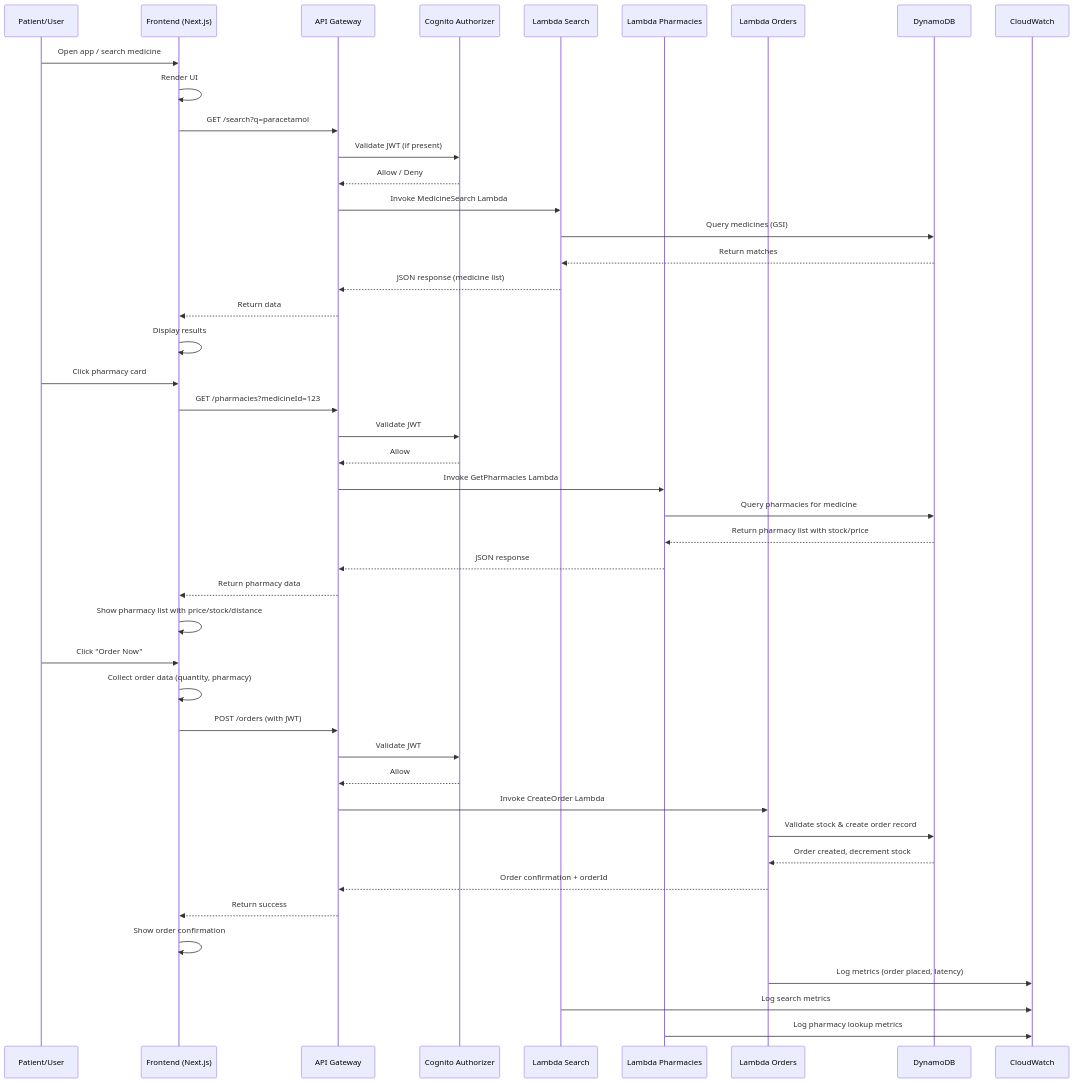
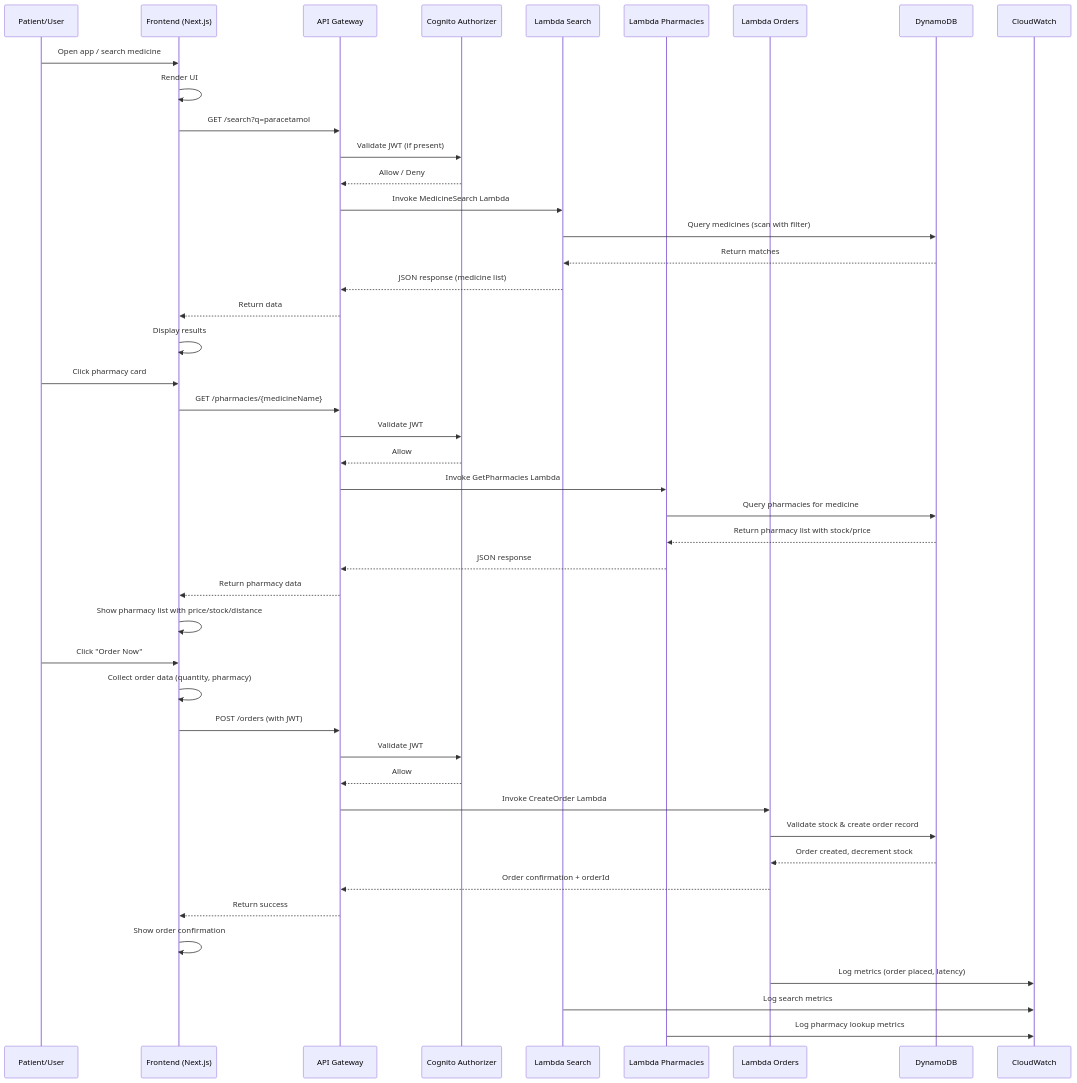
One commit to s-aduk/MediFind changed the second of 2 diagrams in README.md. Above: the diagram before and after it, drawn with Mermaid. The commit also changed other lines of this file, not shown here.

````diff
--- a/README.md
+++ b/README.md
@@ -85,48 +85,48 @@
 ```mermaid
 sequenceDiagram
     participant User as Patient/User
     participant FE as Frontend (Next.js)
     participant AG as API Gateway
     participant Auth as Cognito Authorizer
     participant LS as Lambda Search
     participant LP as Lambda Pharmacies
     participant LO as Lambda Orders
     participant DB as DynamoDB
     participant CW as CloudWatch
 
     User->>FE: Open app / search medicine
     FE->>FE: Render UI
     FE->>AG: GET /search?q=paracetamol
     AG->>Auth: Validate JWT (if present)
     Auth-->>AG: Allow / Deny
     AG->>LS: Invoke MedicineSearch Lambda
-    LS->>DB: Query medicines (GSI)
+    LS->>DB: Query medicines (scan with filter)
     DB-->>LS: Return matches
     LS-->>AG: JSON response (medicine list)
     AG-->>FE: Return data
     FE->>FE: Display results
     User->>FE: Click pharmacy card
-    FE->>AG: GET /pharmacies?medicineId=123
+    FE->>AG: GET /pharmacies/{medicineName}
     AG->>Auth: Validate JWT
     Auth-->>AG: Allow
     AG->>LP: Invoke GetPharmacies Lambda
     LP->>DB: Query pharmacies for medicine
     DB-->>LP: Return pharmacy list with stock/price
     LP-->>AG: JSON response
     AG-->>FE: Return pharmacy data
     FE->>FE: Show pharmacy list with price/stock/distance
     User->>FE: Click "Order Now"
     FE->>FE: Collect order data (quantity, pharmacy)
     FE->>AG: POST /orders (with JWT)
     AG->>Auth: Validate JWT
     Auth-->>AG: Allow
     AG->>LO: Invoke CreateOrder Lambda
     LO->>DB: Validate stock & create order record
     DB-->>LO: Order created, decrement stock
     LO-->>AG: Order confirmation + orderId
     AG-->>FE: Return success
     FE->>FE: Show order confirmation
     LO->>CW: Log metrics (order placed, latency)
     LS->>CW: Log search metrics
     LP->>CW: Log pharmacy lookup metrics
 ```
````
